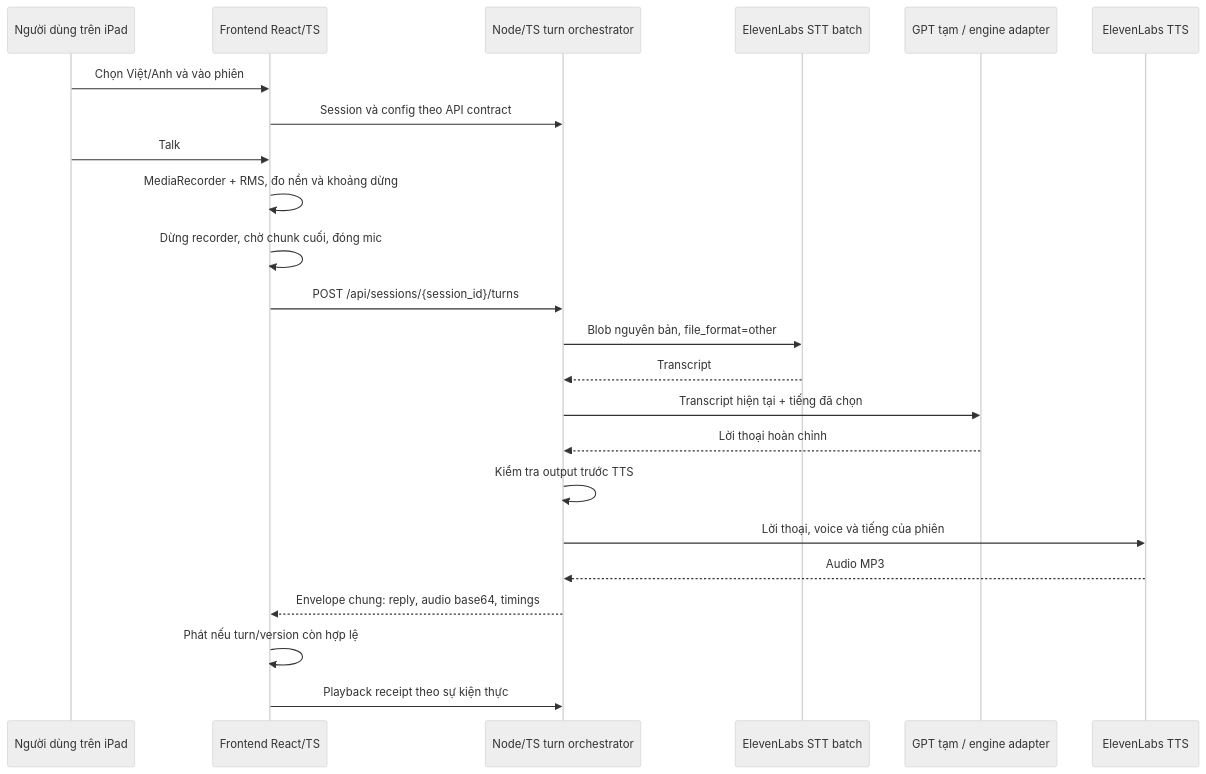
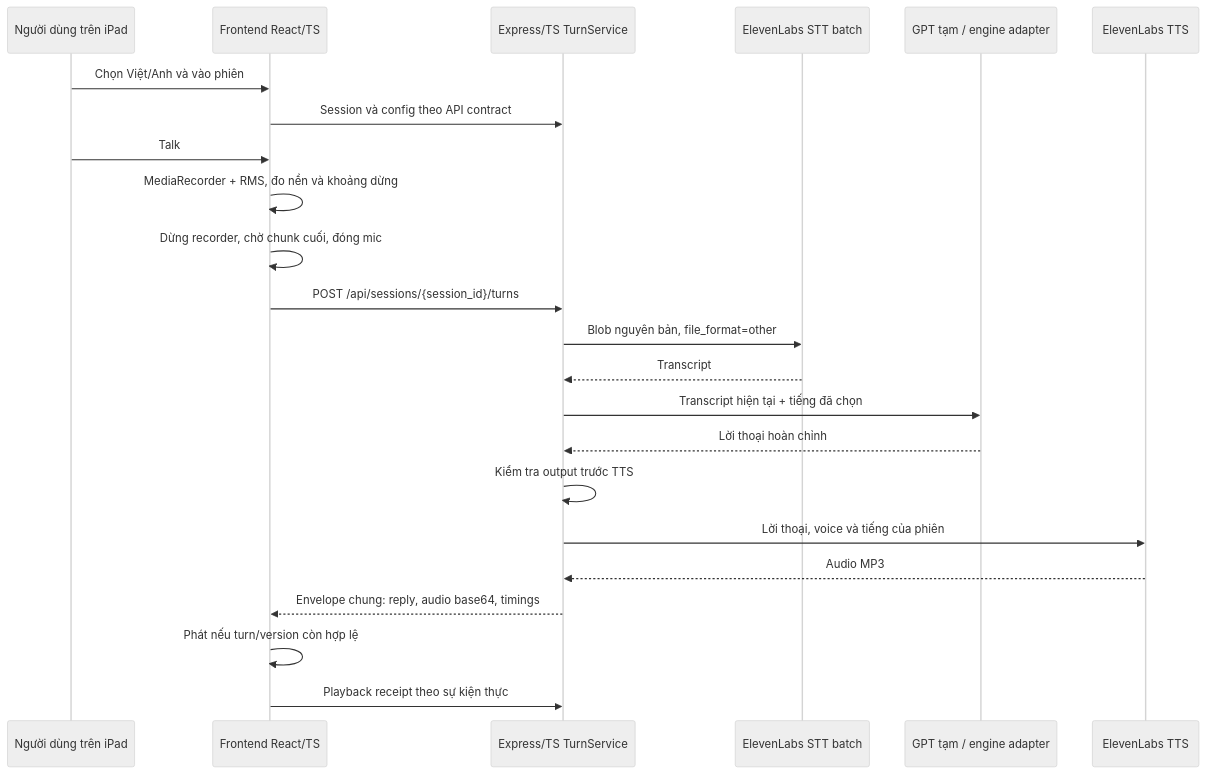
One commit to vule-curiopal/sea-hackathon-little-kitten changed the diagram in docs/voice-pipeline/implementation-plan.md. Above: the diagram before and after it, drawn with Mermaid (neutral theme). The commit also changed other lines of this file and 112 other files, not shown here.

````diff
--- a/docs/voice-pipeline/implementation-plan.md
+++ b/docs/voice-pipeline/implementation-plan.md
@@ -13,25 +13,25 @@
 ```mermaid
 sequenceDiagram
     participant U as Người dùng trên iPad
     participant F as Frontend React/TS
-    participant B as Node/TS turn orchestrator
+    participant B as Express/TS TurnService
     participant S as ElevenLabs STT batch
     participant G as GPT tạm / engine adapter
     participant T as ElevenLabs TTS
     U->>F: Chọn Việt/Anh và vào phiên
     F->>B: Session và config theo API contract
     U->>F: Talk
     F->>F: MediaRecorder + RMS, đo nền và khoảng dừng
     F->>F: Dừng recorder, chờ chunk cuối, đóng mic
     F->>B: POST /api/sessions/{session_id}/turns
     B->>S: Blob nguyên bản, file_format=other
     S-->>B: Transcript
     B->>G: Transcript hiện tại + tiếng đã chọn
     G-->>B: Lời thoại hoàn chỉnh
     B->>B: Kiểm tra output trước TTS
     B->>T: Lời thoại, voice và tiếng của phiên
     T-->>B: Audio MP3
     B-->>F: Envelope chung: reply, audio base64, timings
     F->>F: Phát nếu turn/version còn hợp lệ
     F->>B: Playback receipt theo sự kiện thực
 ```
````
